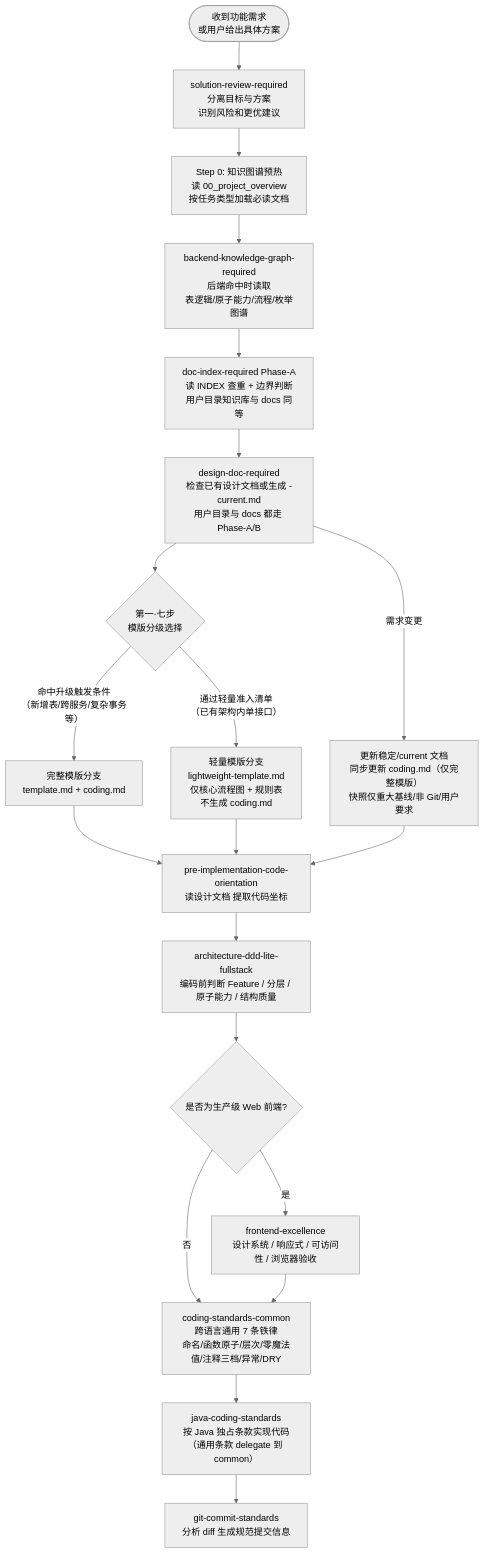
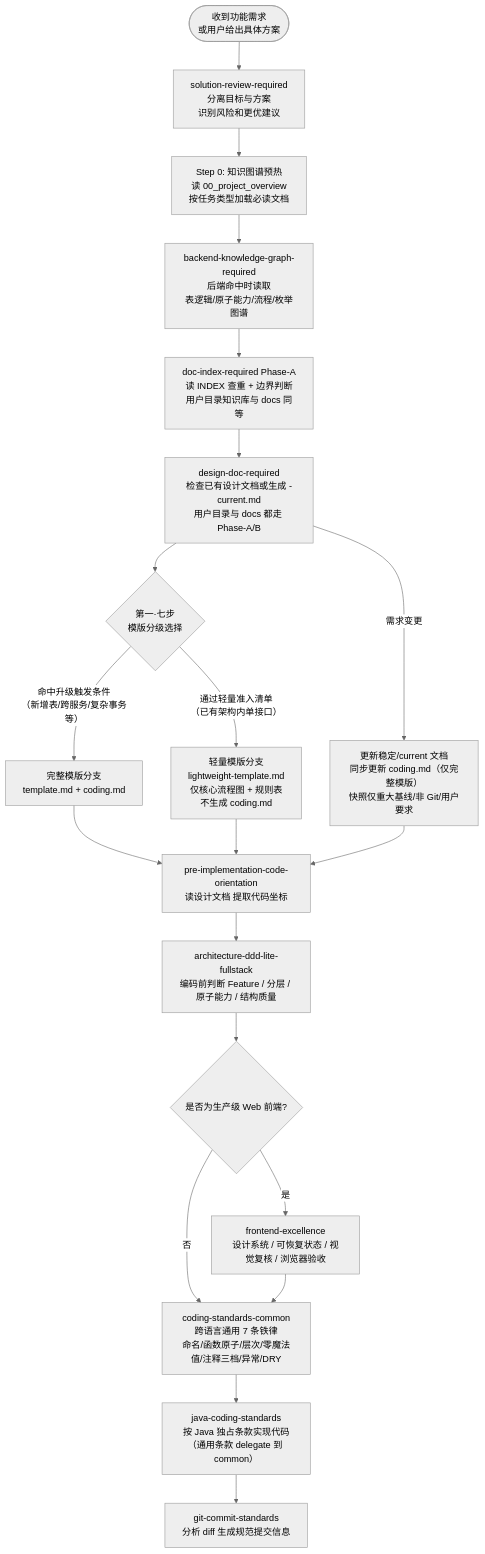
The second of 5 diagrams in docs/skill-flow.md (exception-coder/team-standards), drawn with Mermaid (neutral theme) before and after one commit. The commit also changed other lines of this file and 16 other files, not shown here.

````diff
--- a/docs/skill-flow.md
+++ b/docs/skill-flow.md
@@ -147,25 +147,25 @@
 ```mermaid
 flowchart TD
     START(["收到功能需求\n或用户给出具体方案"]) --> SRR["solution-review-required\n分离目标与方案\n识别风险和更优建议"]
     SRR --> CTX["Step 0: 知识图谱预热\n读 00_project_overview\n按任务类型加载必读文档"]
     CTX --> BKG["backend-knowledge-graph-required\n后端命中时读取\n表逻辑/原子能力/流程/枚举图谱"]
     BKG --> DOP["doc-index-required Phase-A\n读 INDEX 查重 + 边界判断\n用户目录知识库与 docs 同等"]
     DOP --> DDR["design-doc-required\n检查已有设计文档或生成 -current.md\n用户目录与 docs 都走 Phase-A/B"]
 
     DDR --> WEIGHT{"第一·七步\n模版分级选择"}
     WEIGHT -- "命中升级触发条件\n（新增表/跨服务/复杂事务等）" --> HEAVY["完整模版分支\ntemplate.md + coding.md"]
     WEIGHT -- "通过轻量准入清单\n（已有架构内单接口）" --> LIGHT["轻量模版分支\nlightweight-template.md\n仅核心流程图 + 规则表\n不生成 coding.md"]
     HEAVY --> ORIENT["pre-implementation-code-orientation\n读设计文档 提取代码坐标"]
     LIGHT --> ORIENT
 
     DDR -- "需求变更" --> NEWVER["更新稳定/current 文档\n同步更新 coding.md（仅完整模版）\n快照仅重大基线/非 Git/用户要求"]
     NEWVER --> ORIENT
 
     ORIENT --> ARCH["architecture-ddd-lite-fullstack\n编码前判断 Feature / 分层 / 原子能力 / 结构质量"]
     ARCH --> WEB{"是否为生产级 Web 前端?"}
-    WEB -- "是" --> FEX["frontend-excellence\n设计系统 / 响应式 / 可访问性 / 浏览器验收"]
+    WEB -- "是" --> FEX["frontend-excellence\n设计系统 / 可恢复状态 / 视觉复核 / 浏览器验收"]
     WEB -- "否" --> CSC["coding-standards-common\n跨语言通用 7 条铁律\n命名/函数原子/层次/零魔法值/注释三档/异常/DRY"]
     FEX --> CSC
     CSC --> CODE["java-coding-standards\n按 Java 独占条款实现代码\n（通用条款 delegate 到 common）"]
     CODE --> COMMIT["git-commit-standards\n分析 diff 生成规范提交信息"]
 ```
````
